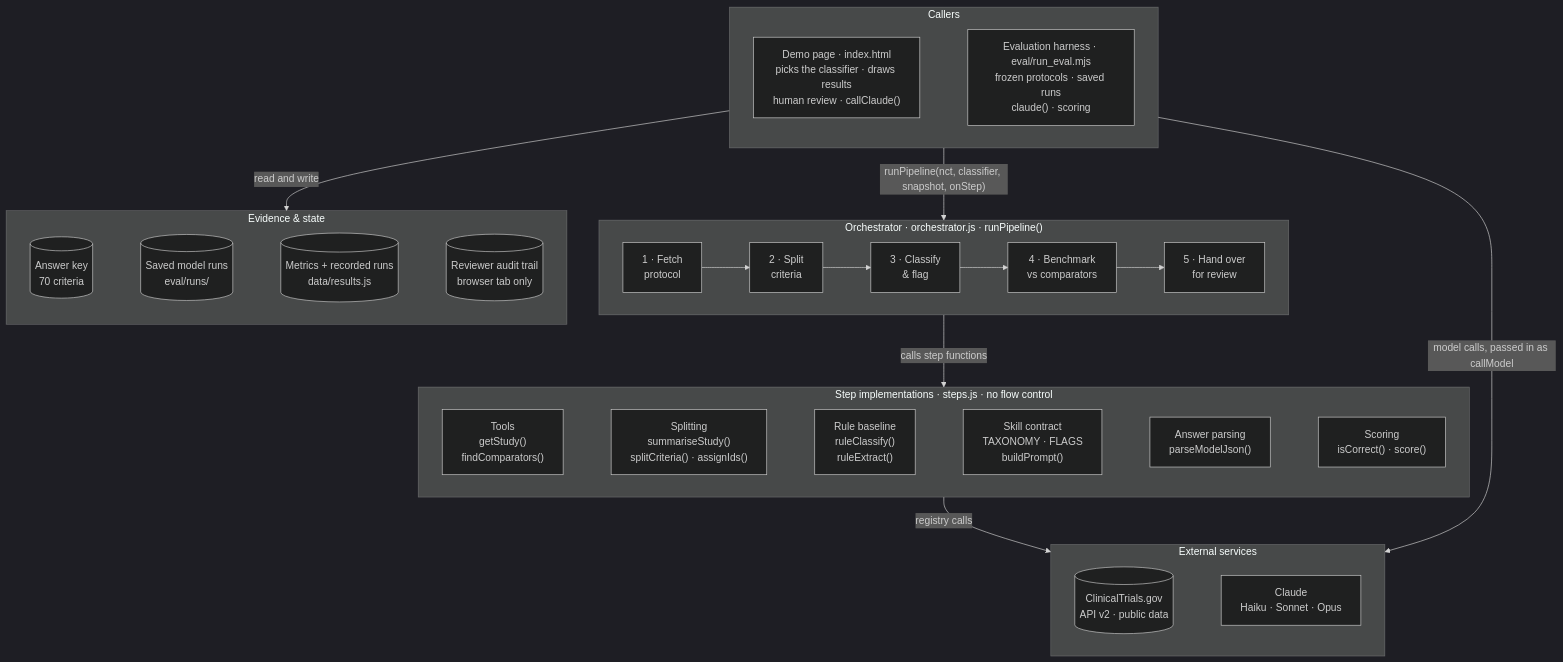
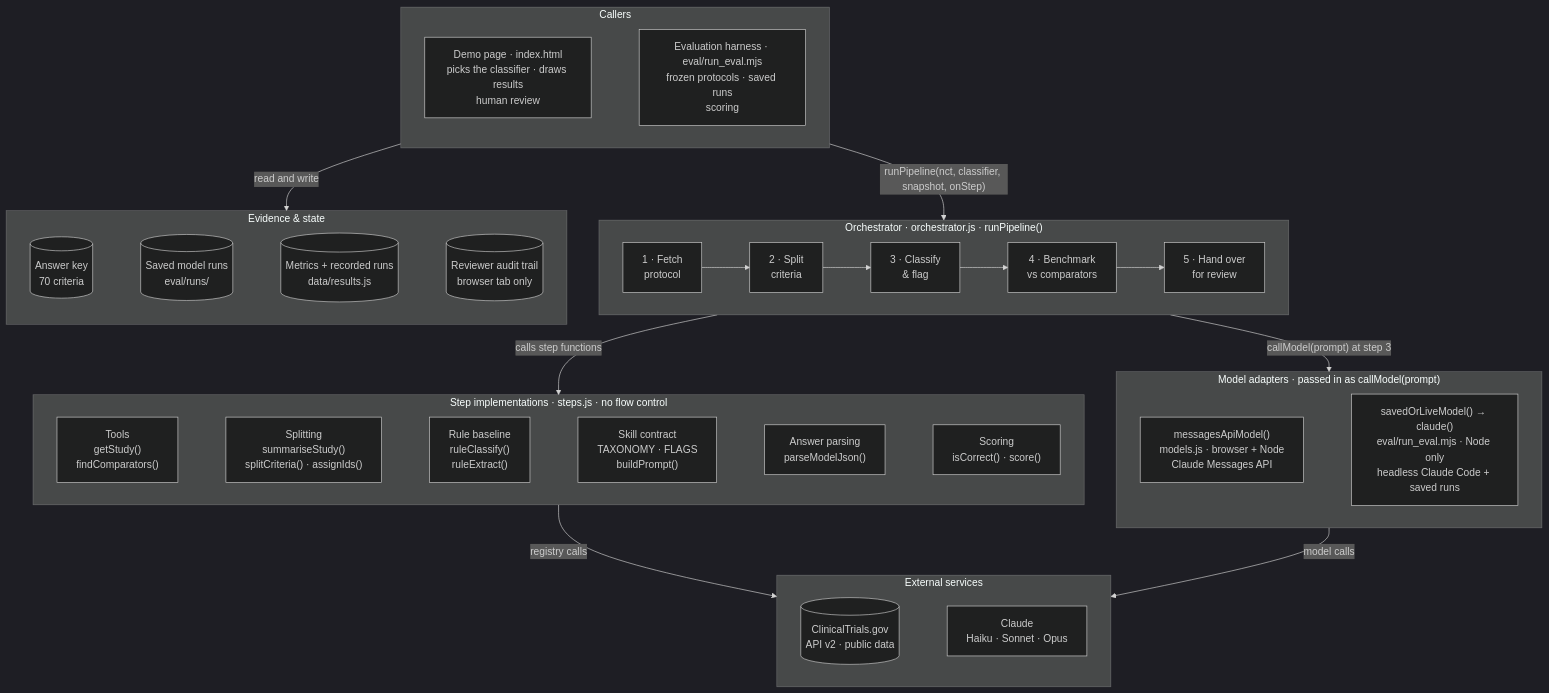
One commit to lorenzopolidori/protocol-eligibility-copilot changed the first of 3 diagrams in README.md. Above: the diagram before and after it, drawn with Mermaid (dark theme). The commit also changed other lines of this file and 7 other files, not shown here.

First line of the commit message:
Move model access into models.js adapters; update diagrams and docs

````diff
--- a/README.md
+++ b/README.md
@@ -202,47 +207,55 @@
 ```mermaid
 flowchart TB
     subgraph ENTRY["Callers"]
         direction LR
-        UI["Demo page · index.html<br/>picks the classifier · draws results<br/>human review · callClaude()"]
-        EV["Evaluation harness · eval/run_eval.mjs<br/>frozen protocols · saved runs<br/>claude() · scoring"]
+        UI["Demo page · index.html<br/>picks the classifier · draws results<br/>human review"]
+        EV["Evaluation harness · eval/run_eval.mjs<br/>frozen protocols · saved runs<br/>scoring"]
         UI ~~~ EV
     end
 
     subgraph ORCH["Orchestrator · orchestrator.js · runPipeline()"]
         direction LR
         S1["1 · Fetch<br/>protocol"] --> S2["2 · Split<br/>criteria"] --> S3["3 · Classify<br/>& flag"] --> S4["4 · Benchmark<br/>vs comparators"] --> S5["5 · Hand over<br/>for review"]
     end
 
     subgraph STEPS["Step implementations · steps.js · no flow control"]
         direction LR
         TOOLS["Tools<br/>getStudy()<br/>findComparators()"]
         PREP["Splitting<br/>summariseStudy()<br/>splitCriteria() · assignIds()"]
         BASE["Rule baseline<br/>ruleClassify()<br/>ruleExtract()"]
         SKILL["Skill contract<br/>TAXONOMY · FLAGS<br/>buildPrompt()"]
         PARSE["Answer parsing<br/>parseModelJson()"]
         SCORE["Scoring<br/>isCorrect() · score()"]
         TOOLS ~~~ PREP ~~~ BASE ~~~ SKILL ~~~ PARSE ~~~ SCORE
+    end
+
+    subgraph MOD["Model adapters · passed in as callModel(prompt)"]
+        direction LR
+        MA["messagesApiModel()<br/>models.js · browser + Node<br/>Claude Messages API"]
+        MC["savedOrLiveModel() → claude()<br/>eval/run_eval.mjs · Node only<br/>headless Claude Code + saved runs"]
+        MA ~~~ MC
     end
 
     subgraph EXT["External services"]
         direction LR
         CTG[("ClinicalTrials.gov<br/>API v2 · public data")]
         CL["Claude<br/>Haiku · Sonnet · Opus"]
         CTG ~~~ CL
     end
 
     subgraph EVID["Evidence & state"]
         direction LR
         GOLD[("Answer key<br/>70 criteria")]
         RUNS[("Saved model runs<br/>eval/runs/")]
         RES[("Metrics + recorded runs<br/>data/results.js")]
         AUD[("Reviewer audit trail<br/>browser tab only")]
         GOLD ~~~ RUNS ~~~ RES ~~~ AUD
     end
 
     ENTRY -- "runPipeline(nct, classifier, snapshot, onStep)" --> ORCH
     ORCH -- "calls step functions" --> STEPS
     STEPS -- "registry calls" --> EXT
-    ENTRY -- "model calls, passed in as callModel" --> EXT
+    ORCH -- "callModel(prompt) at step 3" --> MOD
+    MOD -- "model calls" --> EXT
     ENTRY -- "read and write" --> EVID
 ```
````
